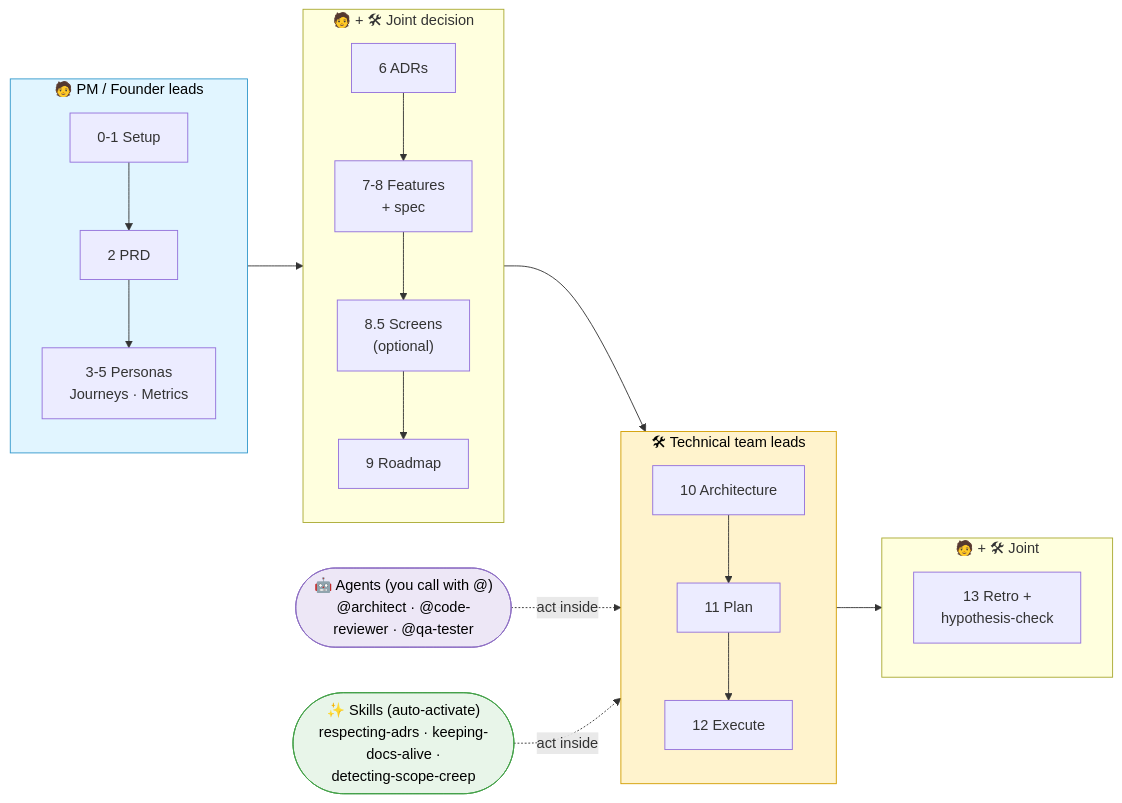
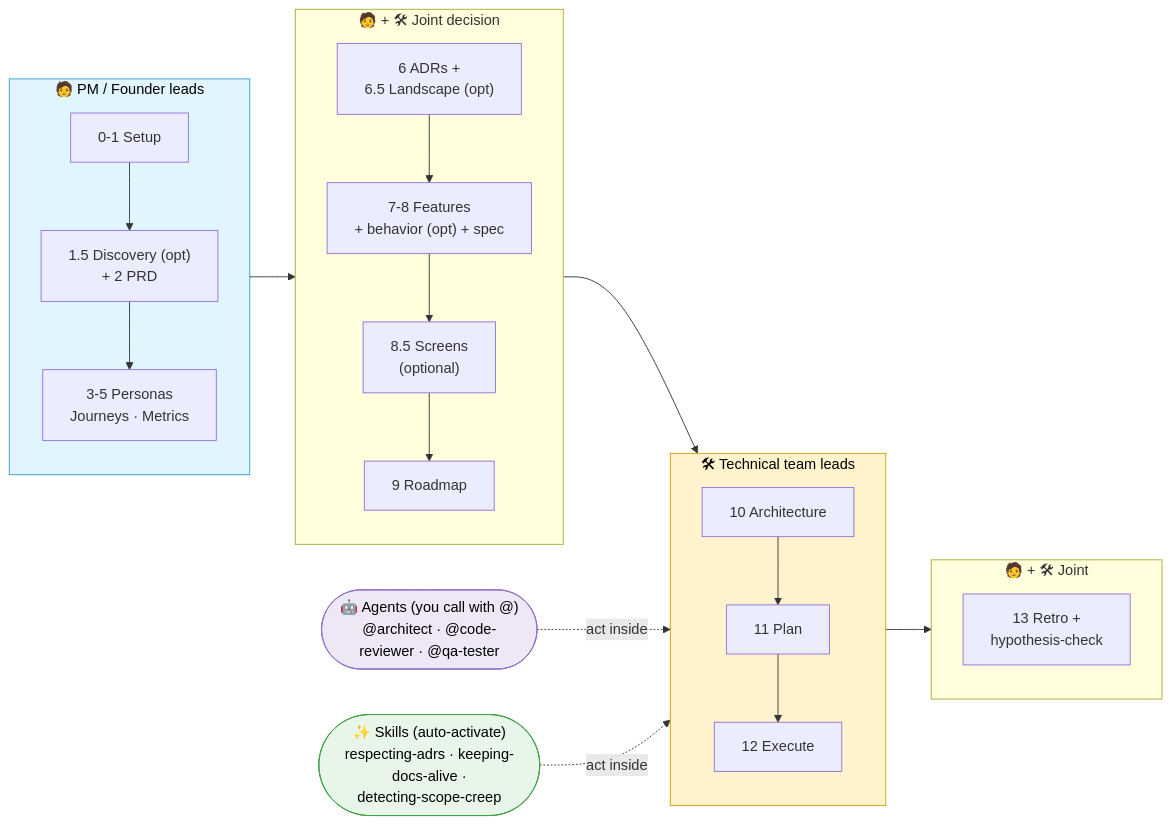
Before and after one commit to AInsteinsBR/renata: the third of 5 diagrams in GETTING-STARTED.md, drawn with Mermaid. The commit also changed other lines of this file, not shown here.

````diff
--- a/GETTING-STARTED.md
+++ b/GETTING-STARTED.md
@@ -159,35 +166,35 @@
 ```mermaid
 flowchart LR
     subgraph PM["🧑 PM / Founder leads"]
         direction TB
-        P1["0-1 Setup"] --> P2["2 PRD"] --> P3["3-5 Personas<br/>Journeys · Metrics"]
+        P1["0-1 Setup"] --> P2["1.5 Discovery (opt)<br/>+ 2 PRD"] --> P3["3-5 Personas<br/>Journeys · Metrics"]
     end
     subgraph JUNTO["🧑 + 🛠 Joint decision"]
         direction TB
-        J1["6 ADRs"] --> J2["7-8 Features<br/>+ spec"] --> J3["8.5 Screens<br/>(optional)"] --> J4["9 Roadmap"]
+        J1["6 ADRs +<br/>6.5 Landscape (opt)"] --> J2["7-8 Features<br/>+ behavior (opt) + spec"] --> J3["8.5 Screens<br/>(optional)"] --> J4["9 Roadmap"]
     end
     subgraph TECH["🛠 Technical team leads"]
         direction TB
         T1b["10 Architecture"] --> T2b["11 Plan"] --> T3b["12 Execute"]
     end
     subgraph FECHA["🧑 + 🛠 Joint"]
         direction TB
         F1["13 Retro +<br/>hypothesis-check"]
     end
     AG(["🤖 Agents (you call with @)<br/>@architect · @code-reviewer · @qa-tester"])
     SK(["✨ Skills (auto-activate)<br/>respecting-adrs · keeping-docs-alive ·<br/>detecting-scope-creep"])
 
     PM --> JUNTO --> TECH --> FECHA
     AG -.act inside.-> TECH
     SK -.act inside.-> TECH
 
     classDef pm    fill:#e1f5ff,stroke:#3399cc,color:#000
     classDef tech  fill:#fff3cd,stroke:#d39e00,color:#000
     classDef agent fill:#ede7f6,stroke:#8e6fc4,color:#000
     classDef skill fill:#e8f5e9,stroke:#43a047,color:#000
 
     class PM pm
     class TECH tech
     class AG agent
     class SK skill
 ```
````
